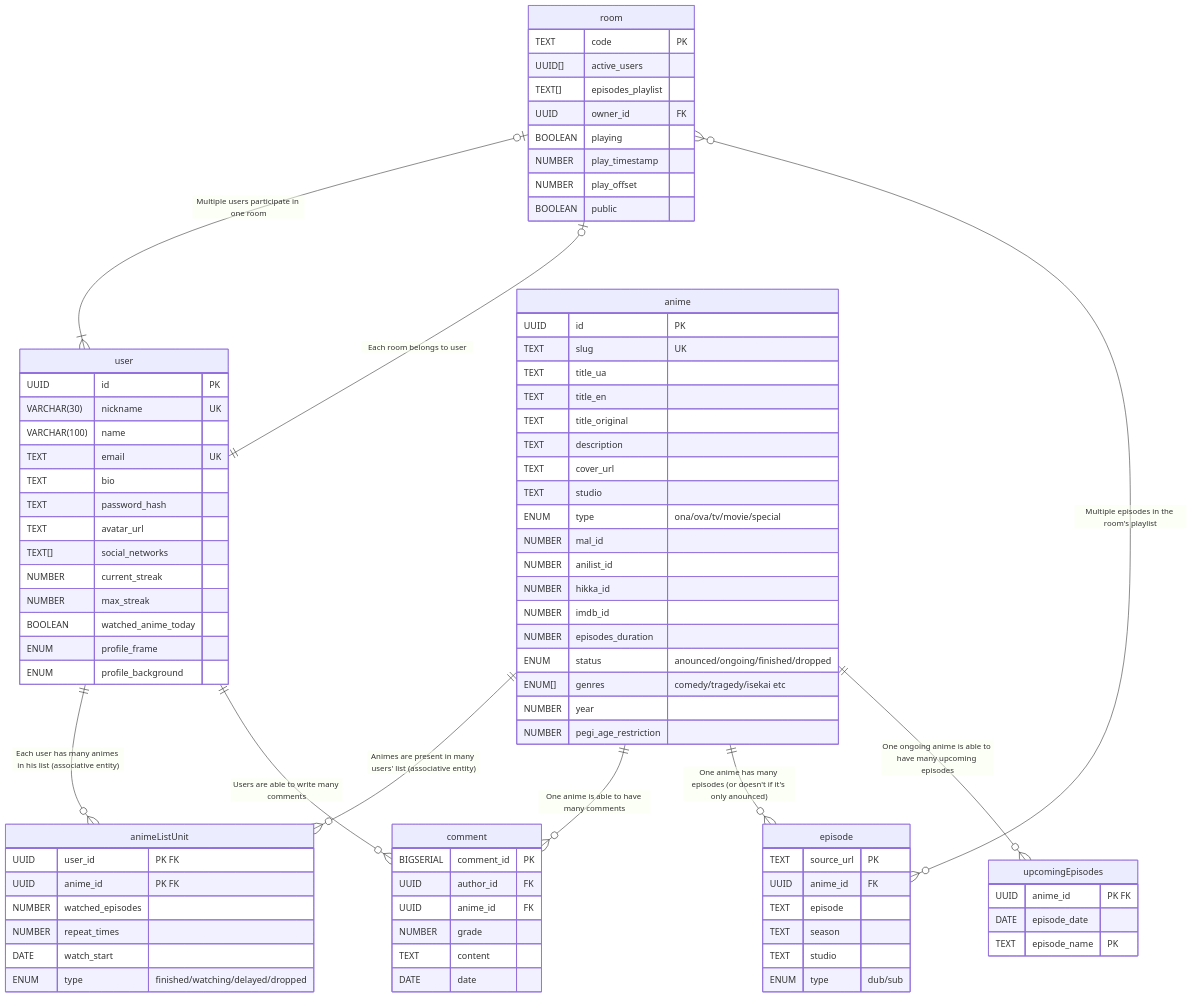
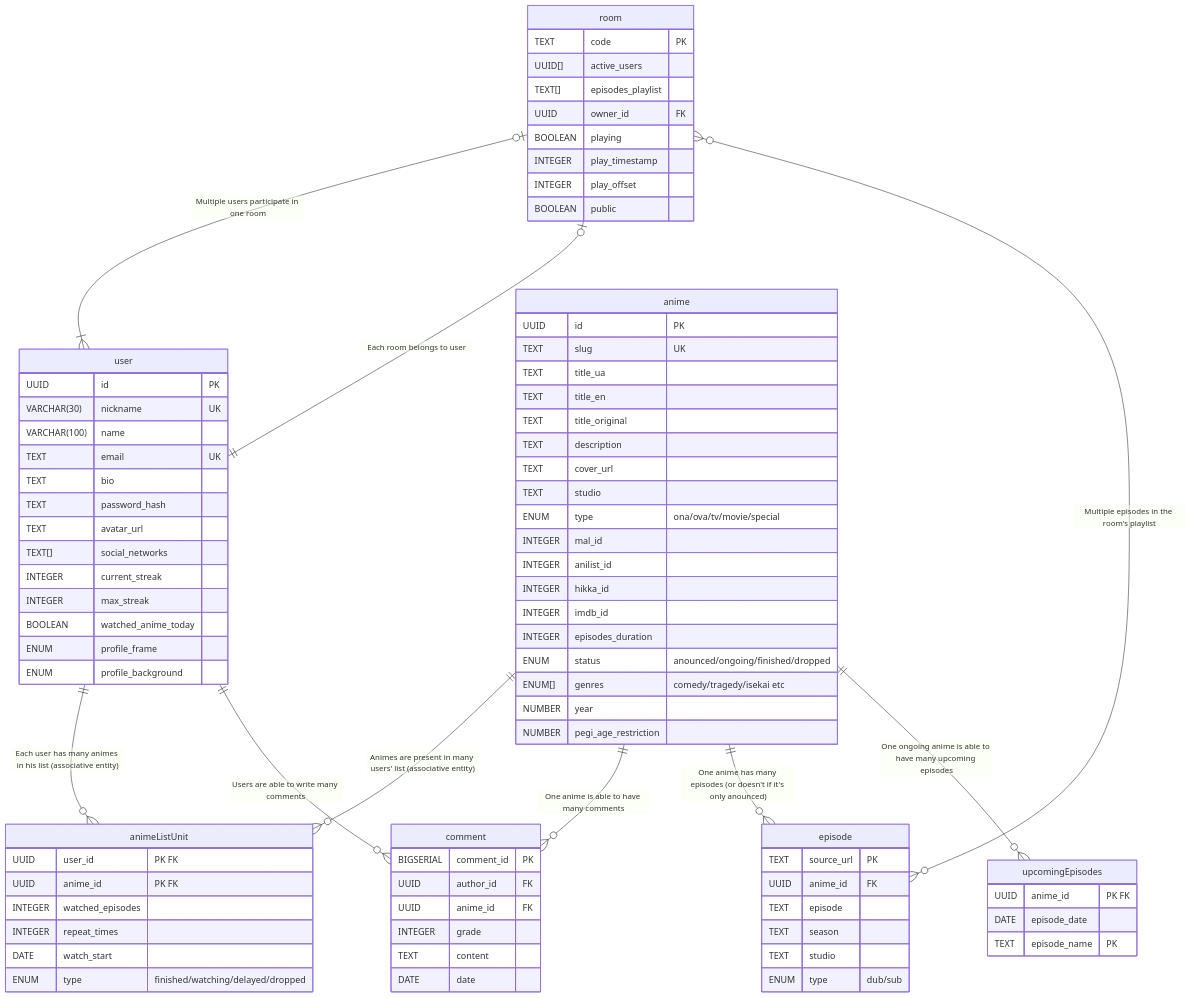
One commit to dadencukillia/db-intro-course changed the diagram in labs/1 - ER Diagram/erd.mmd. Above: the diagram before and after it, drawn with Mermaid.

Commit message:
fix(lab1): mermaid 'number' renamed to 'integer' (postgres type)

```diff
--- a/labs/1 - ER Diagram/erd.mmd
+++ b/labs/1 - ER Diagram/erd.mmd
@@ -1,91 +1,91 @@
 erDiagram
   user {
     UUID id  "PK"  
     VARCHAR(30) nickname  "UK"  
     VARCHAR(100) name  ""  
     TEXT email  "UK"  
     TEXT bio  ""  
     TEXT password_hash  ""  
     TEXT avatar_url  ""  
     TEXT[] social_networks  ""  
-    NUMBER current_streak  ""  
-    NUMBER max_streak  ""  
+    INTEGER current_streak  ""  
+    INTEGER max_streak  ""  
     BOOLEAN watched_anime_today  ""  
     ENUM profile_frame  ""  
     ENUM profile_background  ""  
   }
 
   anime {
     UUID id  "PK"  
     TEXT slug  "UK"  
     TEXT title_ua  ""  
     TEXT title_en  ""  
     TEXT title_original  ""  
     TEXT description  ""  
     TEXT cover_url  ""  
     TEXT studio  ""
     ENUM type "ona/ova/tv/movie/special"
-    NUMBER mal_id  ""  
-    NUMBER anilist_id  ""  
-    NUMBER hikka_id  ""  
-    NUMBER imdb_id  ""  
-    NUMBER episodes_duration  ""  
+    INTEGER mal_id  ""  
+    INTEGER anilist_id  ""  
+    INTEGER hikka_id  ""  
+    INTEGER imdb_id  ""  
+    INTEGER episodes_duration  ""  
     ENUM status  "anounced/ongoing/finished/dropped"  
     ENUM[] genres  "comedy/tragedy/isekai etc"  
     NUMBER year  ""  
     NUMBER pegi_age_restriction  ""  
   }
 
   episode {
     TEXT source_url  "PK"  
     UUID anime_id  "FK"  
     TEXT episode  ""
     TEXT season  "" 
     TEXT studio  ""
     ENUM type  "dub/sub"  
   }
 
   comment {
     BIGSERIAL comment_id "PK"
     UUID author_id "FK"
     UUID anime_id  "FK"
-    NUMBER grade
-        TEXT content
-        DATE date
+    INTEGER grade
+    TEXT content
+    DATE date
   }
 
   room {
-        TEXT code "PK"
-        UUID[] active_users
-        TEXT[] episodes_playlist
-        UUID owner_id "FK"
-        BOOLEAN playing
-        NUMBER play_timestamp
-        NUMBER play_offset
-        BOOLEAN public
+    TEXT code "PK"
+    UUID[] active_users
+    TEXT[] episodes_playlist
+    UUID owner_id "FK"
+    BOOLEAN playing
+    INTEGER play_timestamp
+    INTEGER play_offset
+    BOOLEAN public
   }
 
   animeListUnit {
-        UUID user_id "PK FK"
-        UUID anime_id "PK FK"
-        NUMBER watched_episodes
-        NUMBER repeat_times
-        DATE watch_start
-        ENUM type "finished/watching/delayed/dropped"
+    UUID user_id "PK FK"
+    UUID anime_id "PK FK"
+    INTEGER watched_episodes
+    INTEGER repeat_times
+    DATE watch_start
+    ENUM type "finished/watching/delayed/dropped"
   }
 
   upcomingEpisodes {
-        UUID anime_id "PK FK"
-        DATE episode_date
-        TEXT episode_name "PK" 
+    UUID anime_id "PK FK"
+    DATE episode_date
+    TEXT episode_name "PK" 
   }
 
   anime ||--O{ animeListUnit : "Animes are present in many users' list (associative entity)"
   user ||--O{ animeListUnit : "Each user has many animes in his list (associative entity)" 
   room |O--|{ user : "Multiple users participate in one room"
   room |O--|| user : "Each room belongs to user"
   room }O--O{ episode : "Multiple episodes in the room's playlist"
   user ||--O{ comment : "Users are able to write many comments"
   anime ||--O{ comment : "One anime is able to have many comments"
   anime ||--O{ episode : "One anime has many episodes (or doesn't if it's only anounced)"
   anime ||--O{ upcomingEpisodes : "One ongoing anime is able to have many upcoming episodes"
```
